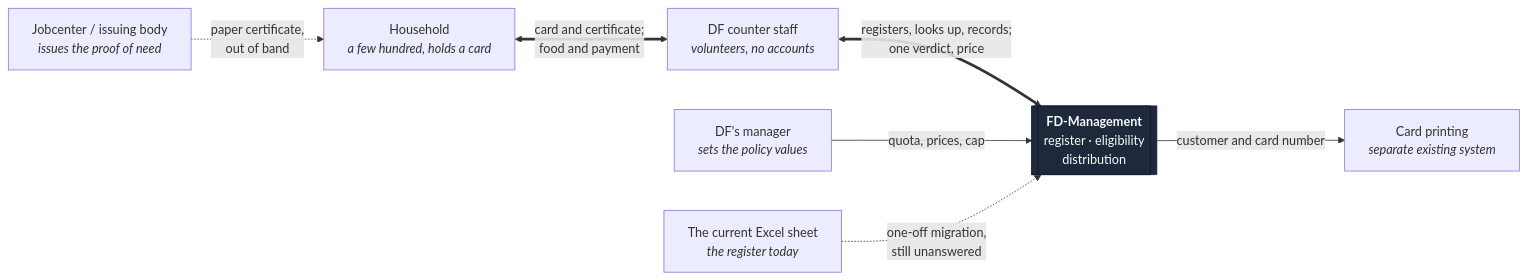
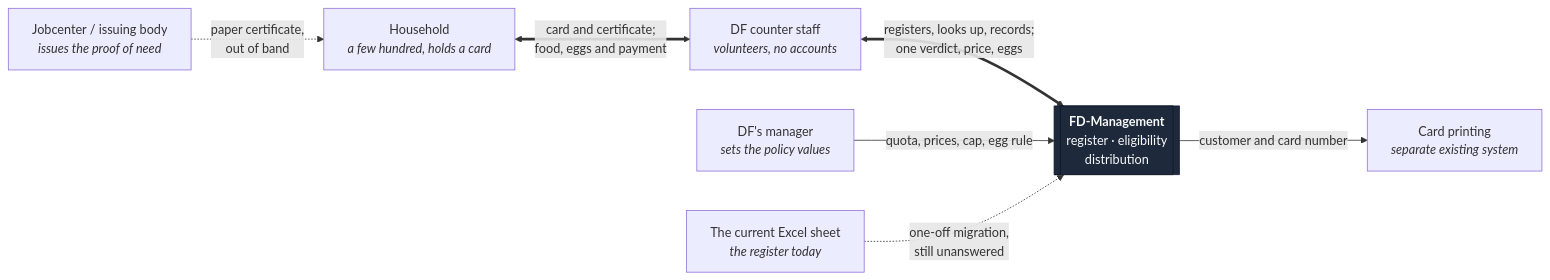
Before and after one commit to Lin0pan/FD-management: the first of 2 diagrams in docs/architecture/03-context-and-scope.md, drawn with Mermaid. The commit also changed other lines of this file and 63 other files, not shown here.

````diff
--- a/docs/architecture/03-context-and-scope.md
+++ b/docs/architecture/03-context-and-scope.md
@@ -12,20 +12,20 @@
 ```mermaid
 flowchart LR
     jobcenter["Jobcenter / issuing body<br/><i>issues the proof of need</i>"]
     customer["Household<br/><i>a few hundred, holds a card</i>"]
     staff["DF counter staff<br/><i>volunteers, no accounts</i>"]
     fd[["<b>FD-Management</b><br/>register · eligibility<br/>distribution"]]
     manager["DF's manager<br/><i>sets the policy values</i>"]
     printer["Card printing<br/><i>separate existing system</i>"]
     excel["The current Excel sheet<br/><i>the register today</i>"]
 
     jobcenter -. "paper certificate,<br/>out of band" .-> customer
-    customer <== "card and certificate;<br/>food and payment" ==> staff
-    staff <== "registers, looks up, records;<br/>one verdict, price" ==> fd
-    manager -- "quota, prices, cap" --> fd
+    customer <== "card and certificate;<br/>food, eggs and payment" ==> staff
+    staff <== "registers, looks up, records;<br/>one verdict, price, eggs" ==> fd
+    manager -- "quota, prices, cap, egg rule" --> fd
     fd -- "customer and card number" --> printer
     excel -. "one-off migration,<br/>still unanswered" .-> fd
 
     classDef system fill:#1e293b,stroke:#0f172a,color:#f8fafc
     class fd system
 ```
````
